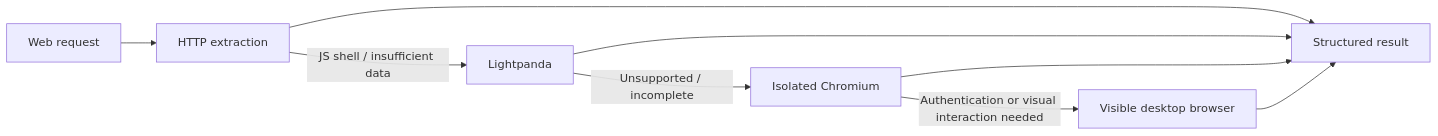
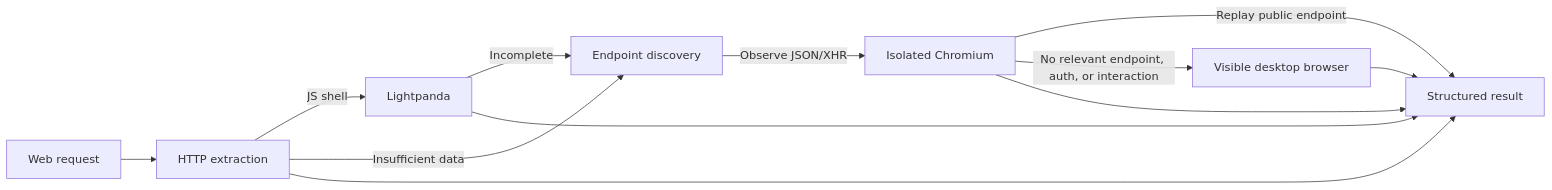
The second of 2 diagrams in README.md (bchhabra2490/computer-use-agent), drawn with Mermaid before and after one commit. The commit also changed other lines of this file and 26 other files, not shown here.

Commit message:
FIx browser data escalations

````diff
--- a/README.md
+++ b/README.md
@@ -66,11 +66,14 @@
 ```mermaid
 flowchart LR
     Q[Web request] --> H[HTTP extraction]
-    H -->|JS shell / insufficient data| L[Lightpanda]
-    L -->|Unsupported / incomplete| C[Isolated Chromium]
-    C -->|Authentication or visual interaction needed| D[Visible desktop browser]
+    H -->|JS shell| L[Lightpanda]
+    H -->|Insufficient data| E[Endpoint discovery]
+    L -->|Incomplete| E
+    E -->|Observe JSON/XHR| C[Isolated Chromium]
+    C -->|Replay public endpoint| R
+    C -->|No relevant endpoint, auth, or interaction| D[Visible desktop browser]
     H --> R[Structured result]
     L --> R
     C --> R
     D --> R
 ```
````
